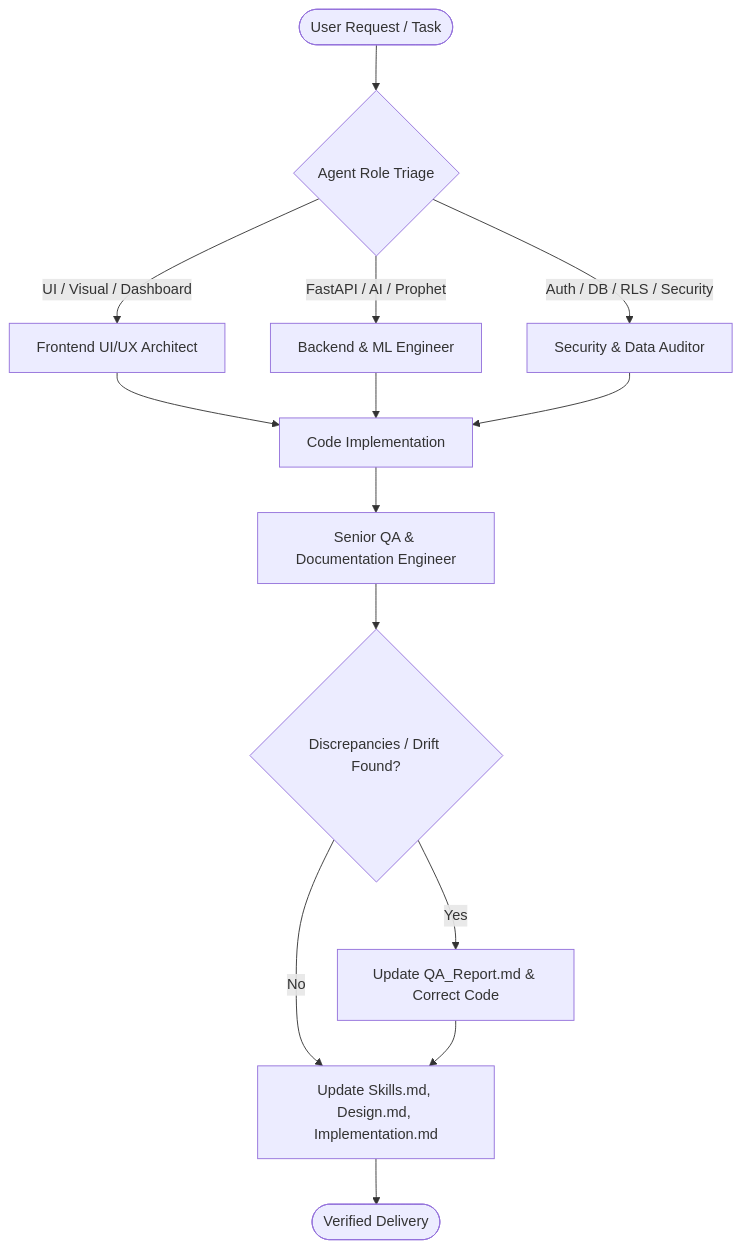
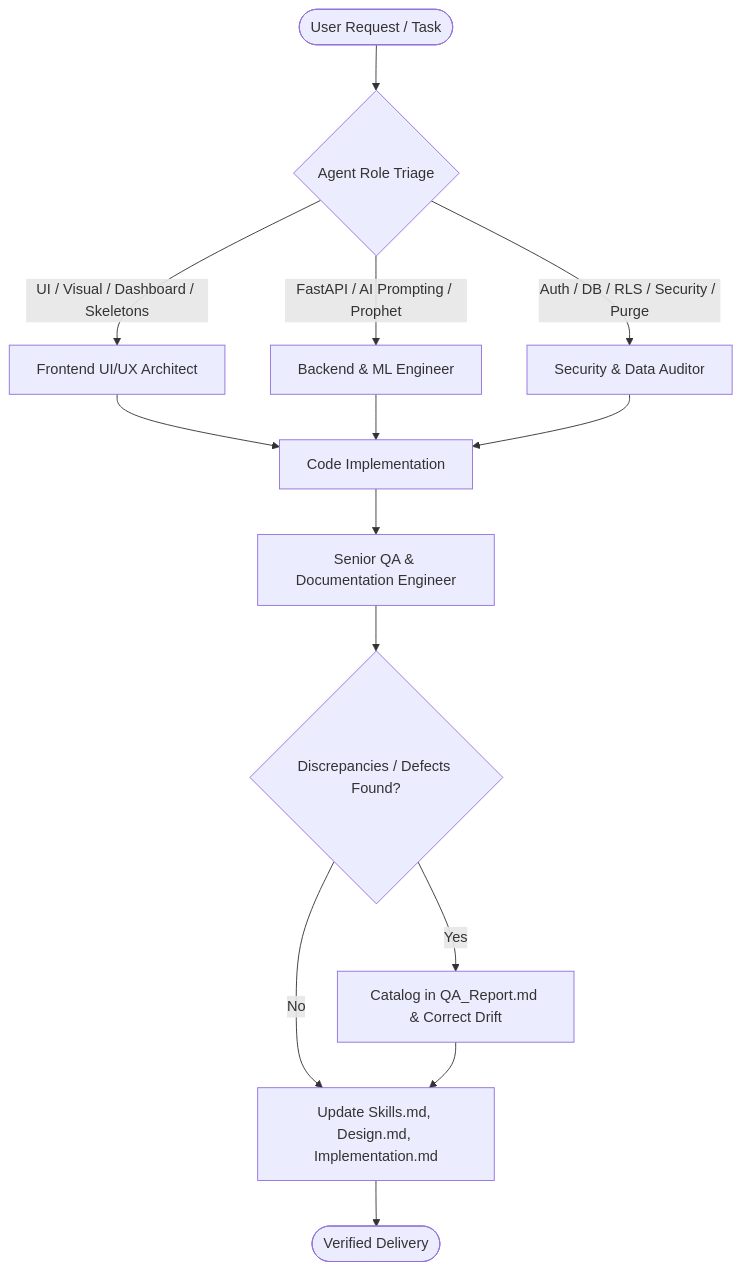
One commit to Scorch879/Buck-Web-Application changed the fourth of 4 diagrams in Claude.md. Above: the diagram before and after it, drawn with Mermaid. The commit also changed other lines of this file and 90 other files, not shown here.

````diff
--- a/Claude.md
+++ b/Claude.md
@@ -27,21 +453,21 @@
 ```mermaid
 flowchart TD
     UserRequest([User Request / Task]) --> Triage{Agent Role Triage}
     
-    Triage -->|UI / Visual / Dashboard| FrontendAgent[Frontend UI/UX Architect]
-    Triage -->|FastAPI / AI / Prophet| BackendAgent[Backend & ML Engineer]
-    Triage -->|Auth / DB / RLS / Security| SecurityAgent[Security & Data Auditor]
+    Triage -->|UI / Visual / Dashboard / Skeletons| FrontendAgent[Frontend UI/UX Architect]
+    Triage -->|FastAPI / AI Prompting / Prophet| BackendAgent[Backend & ML Engineer]
+    Triage -->|Auth / DB / RLS / Security / Purge| SecurityAgent[Security & Data Auditor]
     
     FrontendAgent --> CodeExecution[Code Implementation]
     BackendAgent --> CodeExecution
     SecurityAgent --> CodeExecution
     
     CodeExecution --> QAAgent[Senior QA & Documentation Engineer]
-    QAAgent --> AuditCheck{Discrepancies / Drift Found?}
+    QAAgent --> AuditCheck{Discrepancies / Defects Found?}
     
-    AuditCheck -->|Yes| LogDefect[Update QA_Report.md & Correct Code]
+    AuditCheck -->|Yes| LogDefect[Catalog in QA_Report.md & Correct Drift]
     AuditCheck -->|No| SyncDocs[Update Skills.md, Design.md, Implementation.md]
     
     LogDefect --> SyncDocs
     SyncDocs --> Complete([Verified Delivery])
 ```
````
